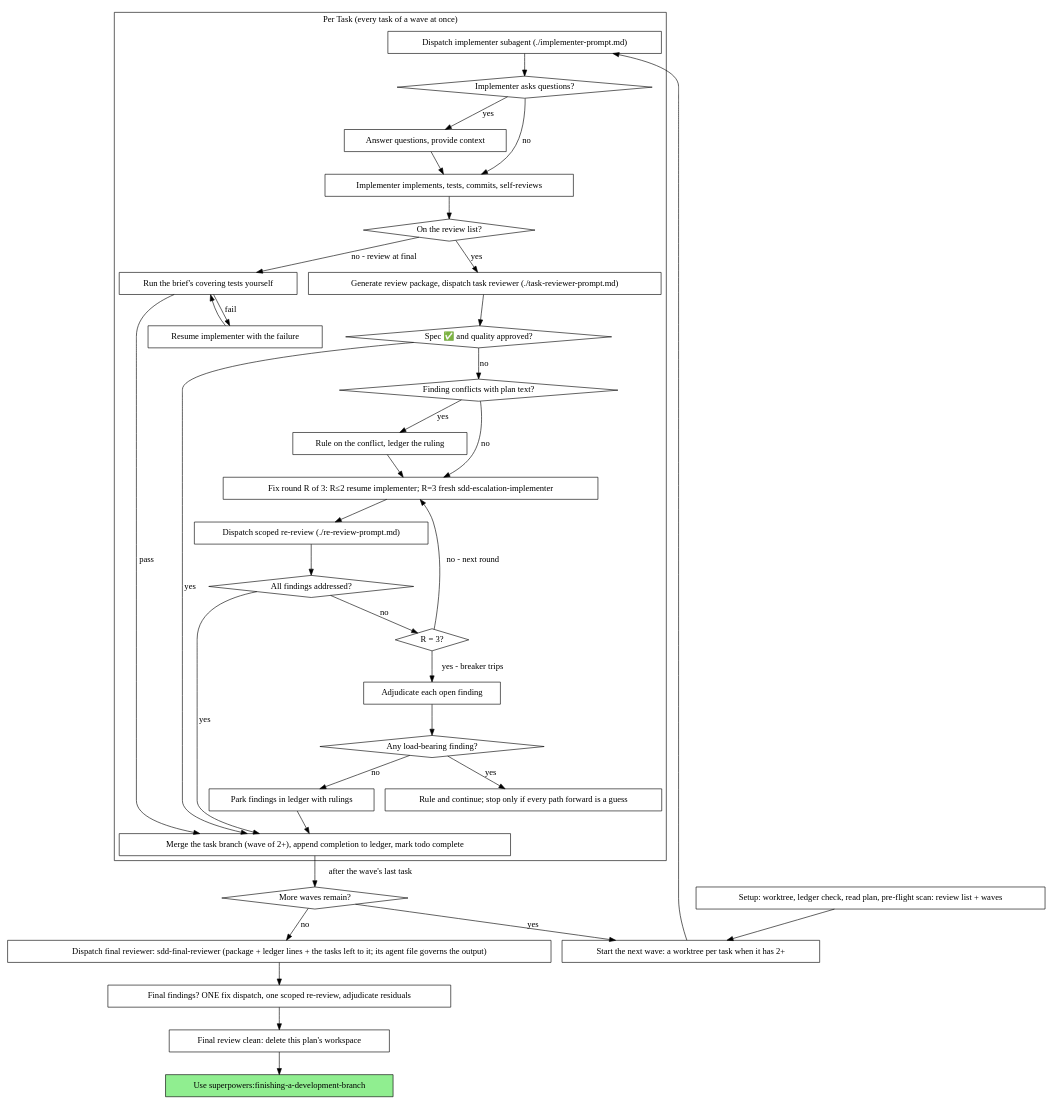
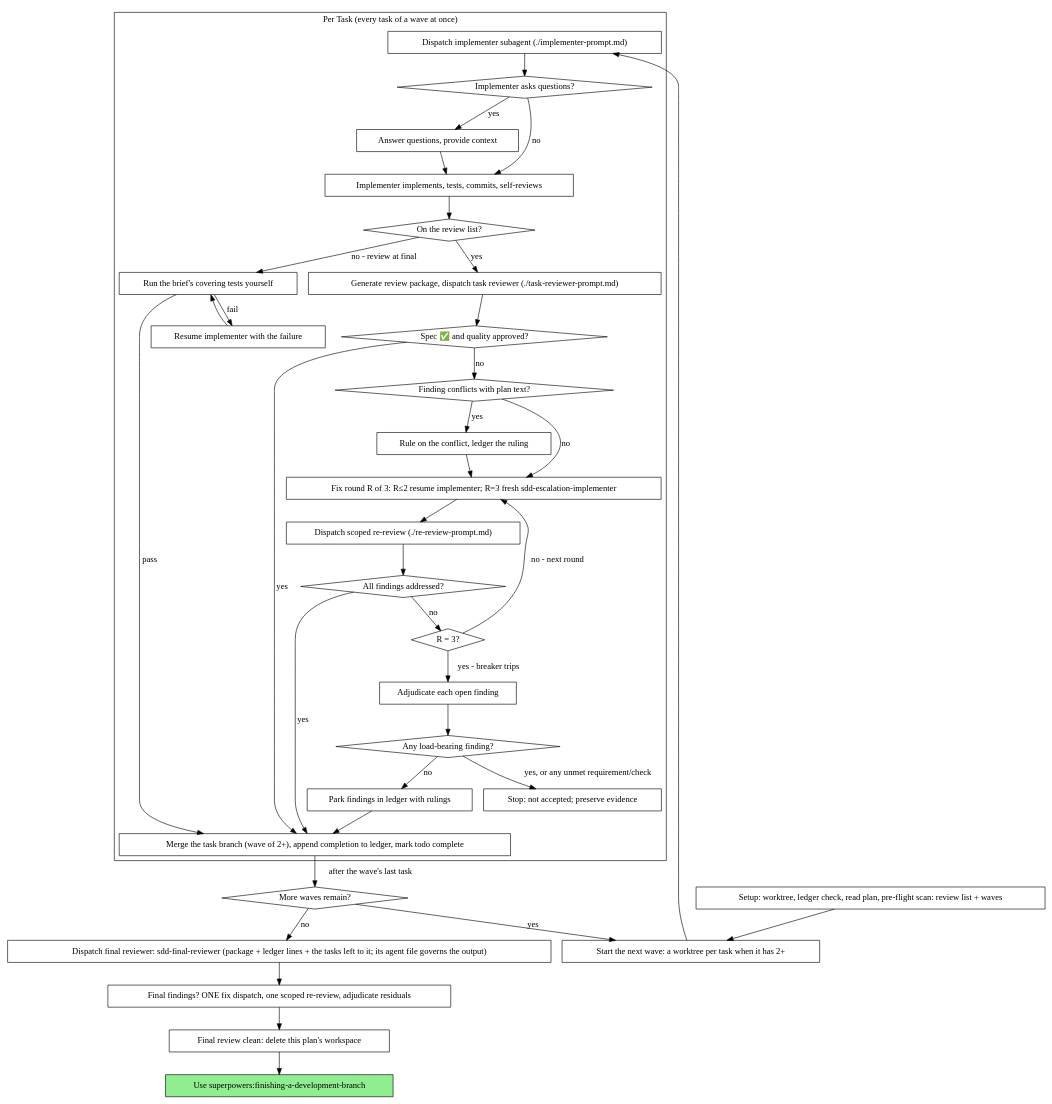
Before and after one commit to LoneExile/omp-superpowers: the second of 2 diagrams in skills/subagent-driven-development/SKILL.md, drawn with Graphviz. The commit also changed other lines of this file and 13 other files, not shown here.

Commit message:
feat(sdd): preserve accepted scope across Ponytail dispatches

````diff
--- a/skills/subagent-driven-development/SKILL.md
+++ b/skills/subagent-driven-development/SKILL.md
@@ -83,72 +123,72 @@
 ```dot
 digraph process {
     rankdir=TB;
 
     subgraph cluster_per_task {
         label="Per Task (every task of a wave at once)";
         "Dispatch implementer subagent (./implementer-prompt.md)" [shape=box];
         "Implementer asks questions?" [shape=diamond];
         "Answer questions, provide context" [shape=box];
         "Implementer implements, tests, commits, self-reviews" [shape=box];
         "On the review list?" [shape=diamond];
         "Run the brief's covering tests yourself" [shape=box];
         "Resume implementer with the failure" [shape=box];
         "Generate review package, dispatch task reviewer (./task-reviewer-prompt.md)" [shape=box];
         "Spec ✅ and quality approved?" [shape=diamond];
         "Finding conflicts with plan text?" [shape=diamond];
         "Rule on the conflict, ledger the ruling" [shape=box];
         "Fix round R of 3: R≤2 resume implementer; R=3 fresh sdd-escalation-implementer" [shape=box];
         "Dispatch scoped re-review (./re-review-prompt.md)" [shape=box];
         "All findings addressed?" [shape=diamond];
         "R = 3?" [shape=diamond];
         "Adjudicate each open finding" [shape=box];
         "Any load-bearing finding?" [shape=diamond];
-        "Rule and continue; stop only if every path forward is a guess" [shape=box];
+        "Stop: not accepted; preserve evidence" [shape=box];
         "Park findings in ledger with rulings" [shape=box];
         "Merge the task branch (wave of 2+), append completion to ledger, mark todo complete" [shape=box];
     }
 
     "Setup: worktree, ledger check, read plan, pre-flight scan: review list + waves" [shape=box];
     "Start the next wave: a worktree per task when it has 2+" [shape=box];
     "More waves remain?" [shape=diamond];
     "Dispatch final reviewer: sdd-final-reviewer (package + ledger lines + the tasks left to it; its agent file governs the output)" [shape=box];
     "Final findings? ONE fix dispatch, one scoped re-review, adjudicate residuals" [shape=box];
     "Final review clean: delete this plan's workspace" [shape=box];
     "Use superpowers:finishing-a-development-branch" [shape=box style=filled fillcolor=lightgreen];
 
     "Setup: worktree, ledger check, read plan, pre-flight scan: review list + waves" -> "Start the next wave: a worktree per task when it has 2+";
     "Start the next wave: a worktree per task when it has 2+" -> "Dispatch implementer subagent (./implementer-prompt.md)";
     "Dispatch implementer subagent (./implementer-prompt.md)" -> "Implementer asks questions?";
     "Implementer asks questions?" -> "Answer questions, provide context" [label="yes"];
     "Answer questions, provide context" -> "Implementer implements, tests, commits, self-reviews";
     "Implementer asks questions?" -> "Implementer implements, tests, commits, self-reviews" [label="no"];
     "Implementer implements, tests, commits, self-reviews" -> "On the review list?";
     "On the review list?" -> "Run the brief's covering tests yourself" [label="no - review at final"];
     "Run the brief's covering tests yourself" -> "Merge the task branch (wave of 2+), append completion to ledger, mark todo complete" [label="pass"];
     "Run the brief's covering tests yourself" -> "Resume implementer with the failure" [label="fail"];
     "Resume implementer with the failure" -> "Run the brief's covering tests yourself";
     "On the review list?" -> "Generate review package, dispatch task reviewer (./task-reviewer-prompt.md)" [label="yes"];
     "Generate review package, dispatch task reviewer (./task-reviewer-prompt.md)" -> "Spec ✅ and quality approved?";
     "Spec ✅ and quality approved?" -> "Merge the task branch (wave of 2+), append completion to ledger, mark todo complete" [label="yes"];
     "Spec ✅ and quality approved?" -> "Finding conflicts with plan text?" [label="no"];
     "Finding conflicts with plan text?" -> "Rule on the conflict, ledger the ruling" [label="yes"];
     "Rule on the conflict, ledger the ruling" -> "Fix round R of 3: R≤2 resume implementer; R=3 fresh sdd-escalation-implementer";
     "Finding conflicts with plan text?" -> "Fix round R of 3: R≤2 resume implementer; R=3 fresh sdd-escalation-implementer" [label="no"];
     "Fix round R of 3: R≤2 resume implementer; R=3 fresh sdd-escalation-implementer" -> "Dispatch scoped re-review (./re-review-prompt.md)";
     "Dispatch scoped re-review (./re-review-prompt.md)" -> "All findings addressed?";
     "All findings addressed?" -> "Merge the task branch (wave of 2+), append completion to ledger, mark todo complete" [label="yes"];
     "All findings addressed?" -> "R = 3?" [label="no"];
     "R = 3?" -> "Fix round R of 3: R≤2 resume implementer; R=3 fresh sdd-escalation-implementer" [label="no - next round"];
     "R = 3?" -> "Adjudicate each open finding" [label="yes - breaker trips"];
     "Adjudicate each open finding" -> "Any load-bearing finding?";
-    "Any load-bearing finding?" -> "Rule and continue; stop only if every path forward is a guess" [label="yes"];
+    "Any load-bearing finding?" -> "Stop: not accepted; preserve evidence" [label="yes, or any unmet requirement/check"];
     "Any load-bearing finding?" -> "Park findings in ledger with rulings" [label="no"];
     "Park findings in ledger with rulings" -> "Merge the task branch (wave of 2+), append completion to ledger, mark todo complete";
     "Merge the task branch (wave of 2+), append completion to ledger, mark todo complete" -> "More waves remain?" [label="after the wave's last task"];
     "More waves remain?" -> "Start the next wave: a worktree per task when it has 2+" [label="yes"];
     "More waves remain?" -> "Dispatch final reviewer: sdd-final-reviewer (package + ledger lines + the tasks left to it; its agent file governs the output)" [label="no"];
     "Dispatch final reviewer: sdd-final-reviewer (package + ledger lines + the tasks left to it; its agent file governs the output)" -> "Final findings? ONE fix dispatch, one scoped re-review, adjudicate residuals";
     "Final findings? ONE fix dispatch, one scoped re-review, adjudicate residuals" -> "Final review clean: delete this plan's workspace";
     "Final review clean: delete this plan's workspace" -> "Use superpowers:finishing-a-development-branch";
 }
 ```
````
